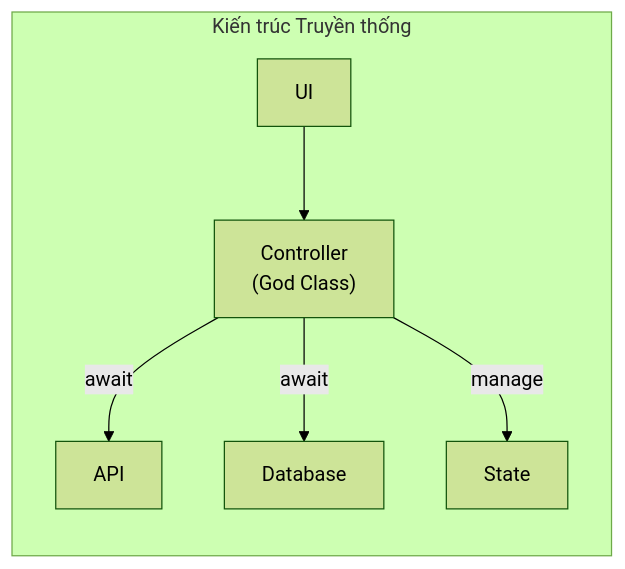
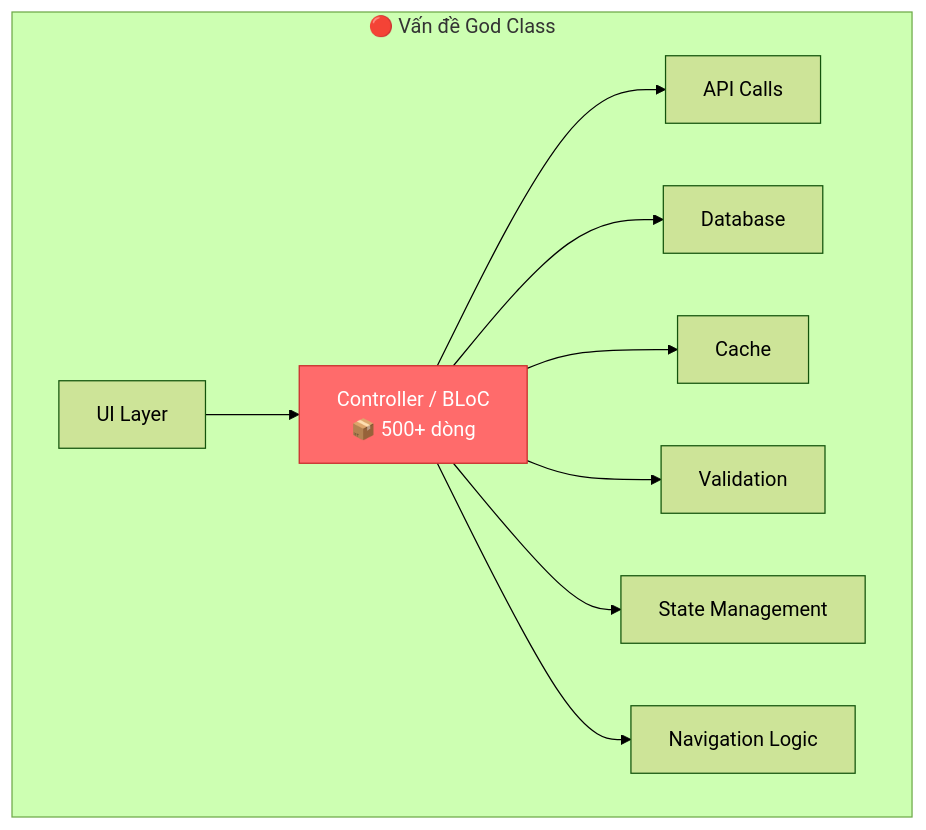
Before and after one commit to lploc94/flutter_orchestrator: the first of 6 diagrams in book/vi/chapters/01_the_pain.md, drawn with Mermaid (forest theme). The commit also changed other lines of this file and 31 other files, not shown here.

````diff
--- a/book/vi/chapters/01_the_pain.md
+++ b/book/vi/chapters/01_the_pain.md
@@ -17,9 +15,14 @@
 ```mermaid
-flowchart LR
-    subgraph Problem["Kiến trúc Truyền thống"]
-        UI1[UI] --> Controller["Controller<br/>(God Class)"]
-        Controller --> |await| API[API]
-        Controller --> |await| DB[Database]
-        Controller --> |manage| State1[State]
+graph TB
+    subgraph GodClass["🔴 Vấn đề God Class"]
+        UI["UI Layer"] --> Controller["Controller / BLoC<br/>📦 500+ dòng"]
+        Controller --> API["API Calls"]
+        Controller --> DB["Database"]
+        Controller --> Cache["Cache"]
+        Controller --> Validation["Validation"]
+        Controller --> State["State Management"]
+        Controller --> Navigation["Navigation Logic"]
     end
+    
+    style Controller fill:#ff6b6b,stroke:#c92a2a,color:#fff
 ```
````
